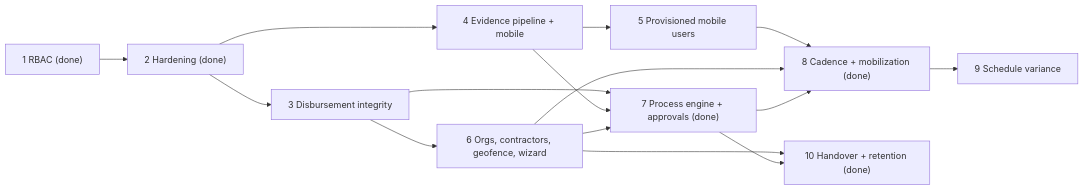
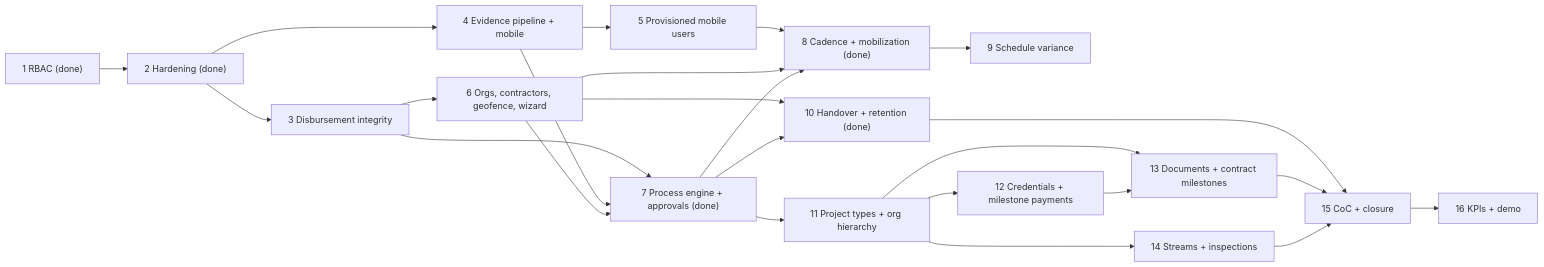
The first of 2 diagrams in saas_updates/saas_implementation_plan.md (kpmg-tochi/inSite-Assurance), drawn with Mermaid before and after one commit. The commit also changed other lines of this file and 91 other files, not shown here.

````diff
--- a/saas_updates/saas_implementation_plan.md
+++ b/saas_updates/saas_implementation_plan.md
@@ -80,17 +97,26 @@
 ```mermaid
 flowchart LR
     P1["1 RBAC (done)"] --> P2["2 Hardening (done)"]
     P2 --> P3["3 Disbursement integrity"]
     P2 --> P4["4 Evidence pipeline + mobile"]
     P3 --> P6["6 Orgs, contractors, geofence, wizard"]
     P4 --> P5["5 Provisioned mobile users"]
     P3 --> P7["7 Process engine + approvals (done)"]
     P4 --> P7
     P6 --> P7
     P5 --> P8["8 Cadence + mobilization (done)"]
     P6 --> P8
     P7 --> P8
     P8 --> P9["9 Schedule variance"]
     P6 --> P10["10 Handover + retention (done)"]
     P7 --> P10
+    P7 --> P11["11 Project types + org hierarchy"]
+    P11 --> P12["12 Credentials + milestone payments"]
+    P11 --> P13["13 Documents + contract milestones"]
+    P12 --> P13
+    P11 --> P14["14 Streams + inspections"]
+    P10 --> P15["15 CoC + closure"]
+    P13 --> P15
+    P14 --> P15
+    P15 --> P16["16 KPIs + demo"]
 ```
````
